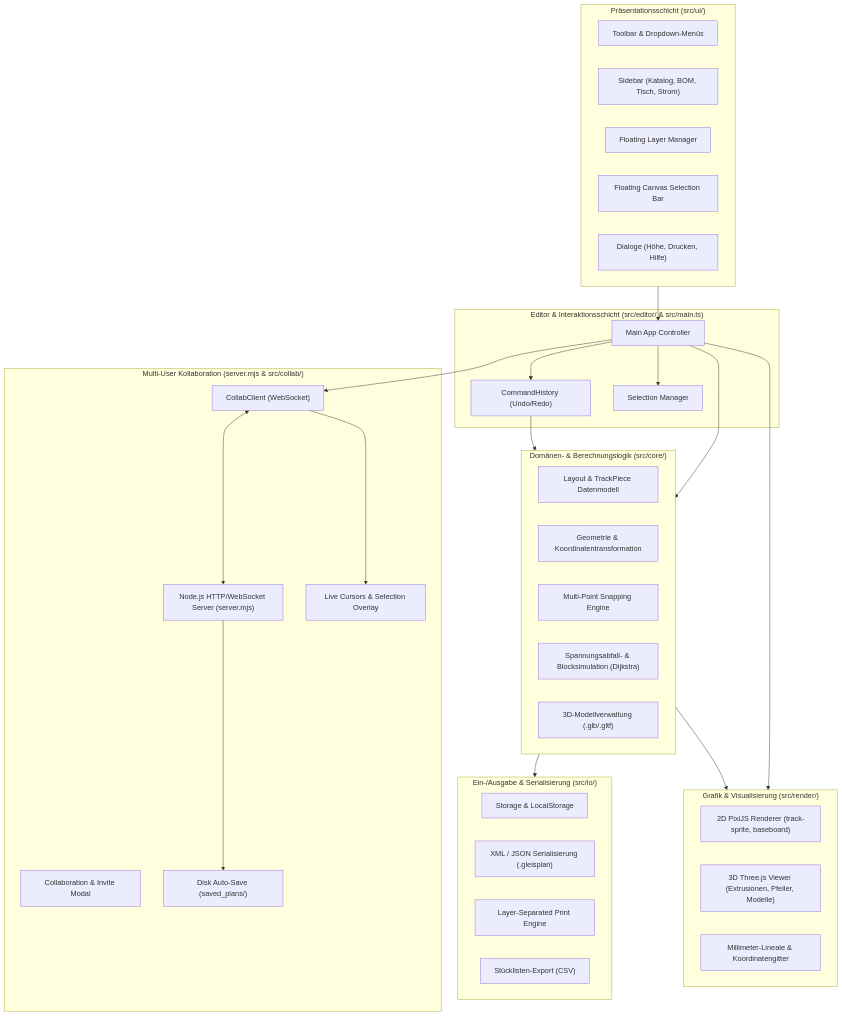
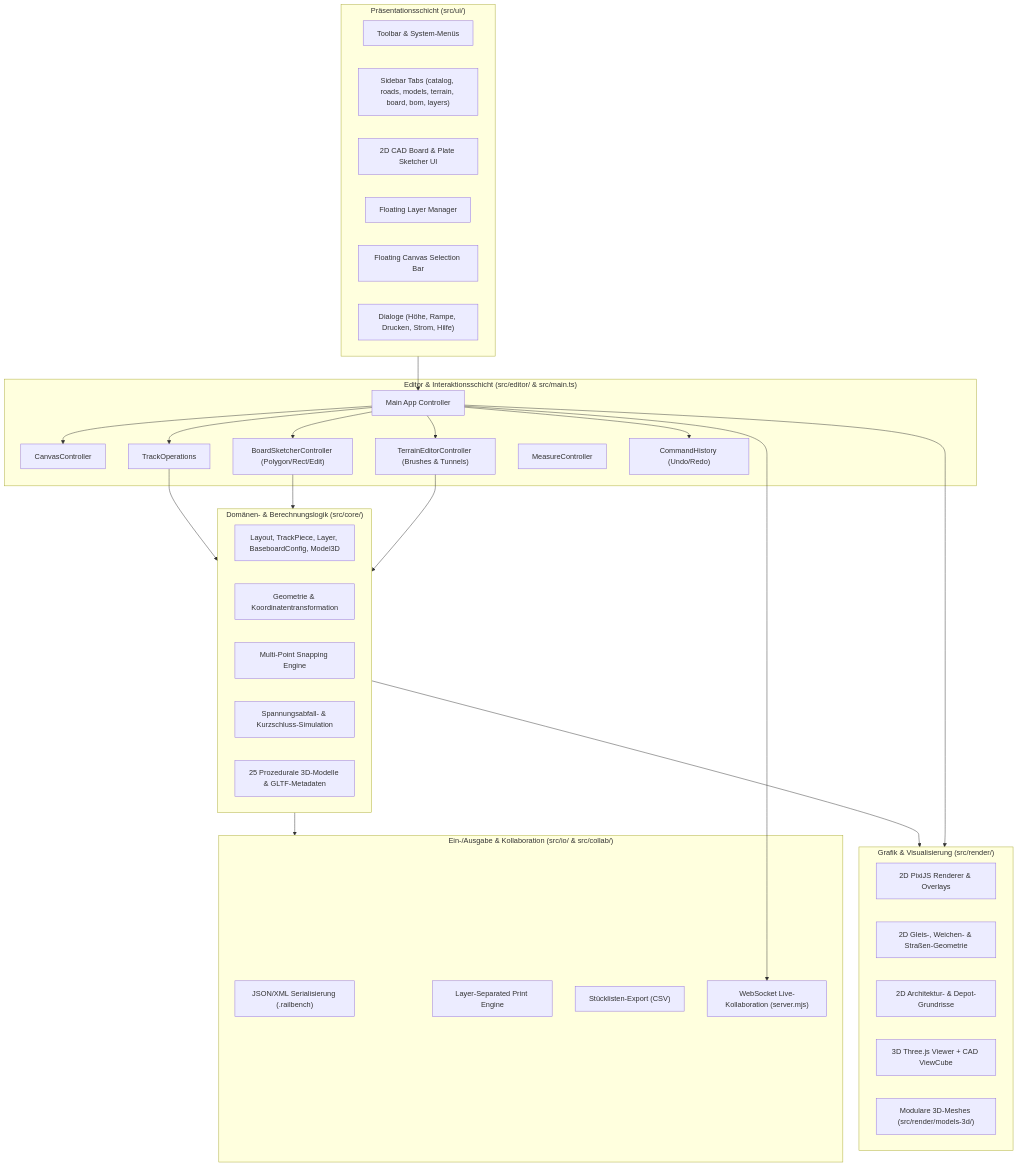
Before and after one commit to Nicolaikurz/railbench: the diagram in docs/architektur.md, drawn with Mermaid. The commit also changed other lines of this file and 158 other files, not shown here.

````diff
--- a/docs/architektur.md
+++ b/docs/architektur.md
@@ -24,58 +24,58 @@
 ```mermaid
 flowchart TD
     subgraph UI ["Präsentationsschicht (src/ui/)"]
-        Toolbar["Toolbar & Dropdown-Menüs"]
-        Sidebar["Sidebar (Katalog, BOM, Tisch, Strom)"]
+        Toolbar["Toolbar & System-Menüs"]
+        Sidebar["Sidebar Tabs (catalog, roads, models, terrain, board, bom, layers)"]
+        SketcherCard["2D CAD Board & Plate Sketcher UI"]
         RightSidebar["Floating Layer Manager"]
         SelectionBar["Floating Canvas Selection Bar"]
-        Dialogs["Dialoge (Höhe, Drucken, Hilfe)"]
+        Dialogs["Dialoge (Höhe, Rampe, Drucken, Strom, Hilfe)"]
     end
 
     subgraph Editor ["Editor & Interaktionsschicht (src/editor/ & src/main.ts)"]
         MainApp["Main App Controller"]
+        CanvasCtrl["CanvasController"]
+        TrackOps["TrackOperations"]
+        BoardSketcher["BoardSketcherController (Polygon/Rect/Edit)"]
+        TerrainCtrl["TerrainEditorController (Brushes & Tunnels)"]
+        MeasureCtrl["MeasureController"]
         CmdHistory["CommandHistory (Undo/Redo)"]
-        Selection["Selection Manager"]
     end
 
     subgraph Core ["Domänen- & Berechnungslogik (src/core/)"]
-        DataModel["Layout & TrackPiece Datenmodell"]
+        DataModel["Layout, TrackPiece, Layer, BaseboardConfig, Model3D"]
         Geometry["Geometrie & Koordinatentransformation"]
         Snapping["Multi-Point Snapping Engine"]
-        Simulation["Spannungsabfall- & Blocksimulation (Dijkstra)"]
-        Models3D["3D-Modellverwaltung (.glb/.gltf)"]
+        Simulation["Spannungsabfall- & Kurzschluss-Simulation"]
+        Models3D["25 Prozedurale 3D-Modelle & GLTF-Metadaten"]
     end
 
     subgraph Render ["Grafik & Visualisierung (src/render/)"]
-        Renderer2D["2D PixiJS Renderer (track-sprite, baseboard)"]
-        Viewer3D["3D Three.js Viewer (Extrusionen, Pfeiler, Modelle)"]
-        Ruler2D["Millimeter-Lineale & Koordinatengitter"]
+        Renderer2D["2D PixiJS Renderer & Overlays"]
+        TrackSprite["2D Gleis-, Weichen- & Straßen-Geometrie"]
+        ModelSprite["2D Architektur- & Depot-Grundrisse"]
+        Viewer3D["3D Three.js Viewer + CAD ViewCube"]
+        Models3DMeshes["Modulare 3D-Meshes (src/render/models-3d/)"]
     end
 
-    subgraph IO ["Ein-/Ausgabe & Serialisierung (src/io/)"]
-        Storage["Storage & LocalStorage"]
-        Serializer["XML / JSON Serialisierung (.gleisplan)"]
+    subgraph IO ["Ein-/Ausgabe & Kollaboration (src/io/ & src/collab/)"]
+        Serializer["JSON/XML Serialisierung (.railbench)"]
         PrintEngine["Layer-Separated Print Engine"]
         CSVExport["Stücklisten-Export (CSV)"]
-    end
-
-    subgraph Collab ["Multi-User Kollaboration (server.mjs & src/collab/)"]
-        Server["Node.js HTTP/WebSocket Server (server.mjs)"]
-        CollabClient["CollabClient (WebSocket)"]
-        CollabOverlay["Live Cursors & Selection Overlay"]
-        CollabDialog["Collaboration & Invite Modal"]
-        SavedPlans["Disk Auto-Save (saved_plans/)"]
+        Collab["WebSocket Live-Kollaboration (server.mjs)"]
     end
 
     UI --> MainApp
+    MainApp --> CanvasCtrl
+    MainApp --> TrackOps
+    MainApp --> BoardSketcher
+    MainApp --> TerrainCtrl
     MainApp --> CmdHistory
-    MainApp --> Selection
-    CmdHistory --> Core
-    MainApp --> Core
+    TrackOps --> Core
+    BoardSketcher --> Core
+    TerrainCtrl --> Core
     Core --> Render
     Core --> IO
     MainApp --> Render
-    MainApp --> CollabClient
-    CollabClient <--> Server
-    CollabClient --> CollabOverlay
-    Server --> SavedPlans
+    MainApp --> Collab
 ```
````
